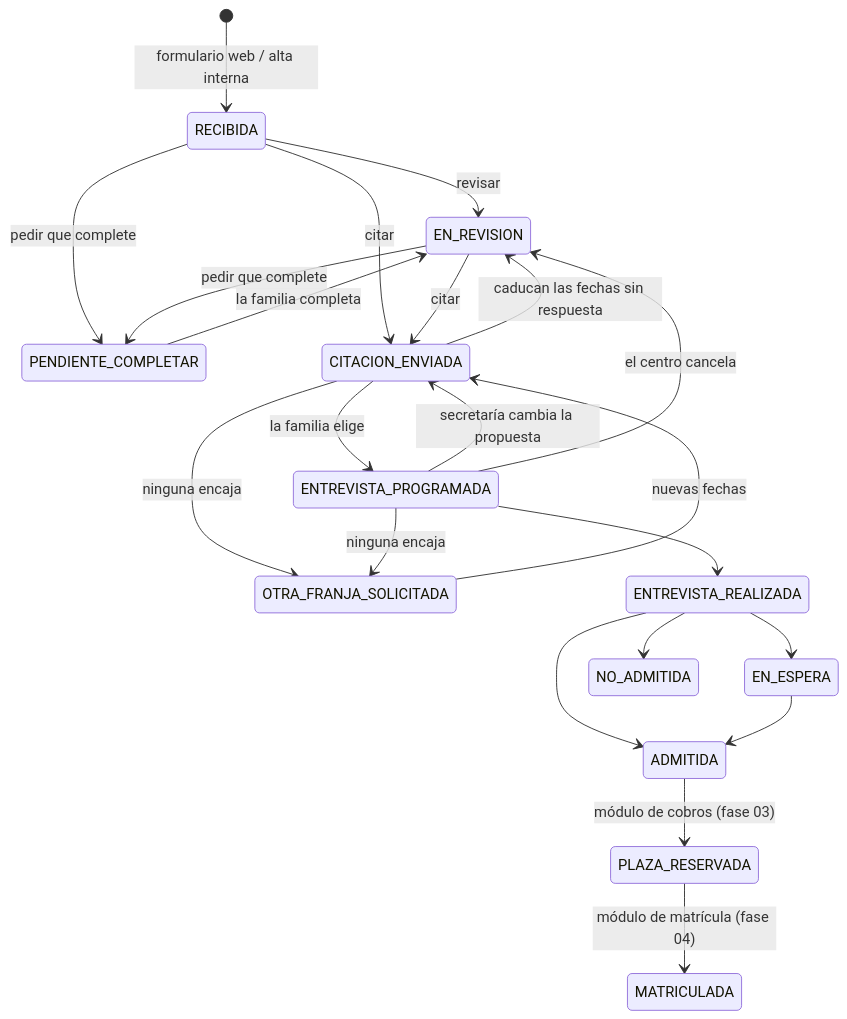
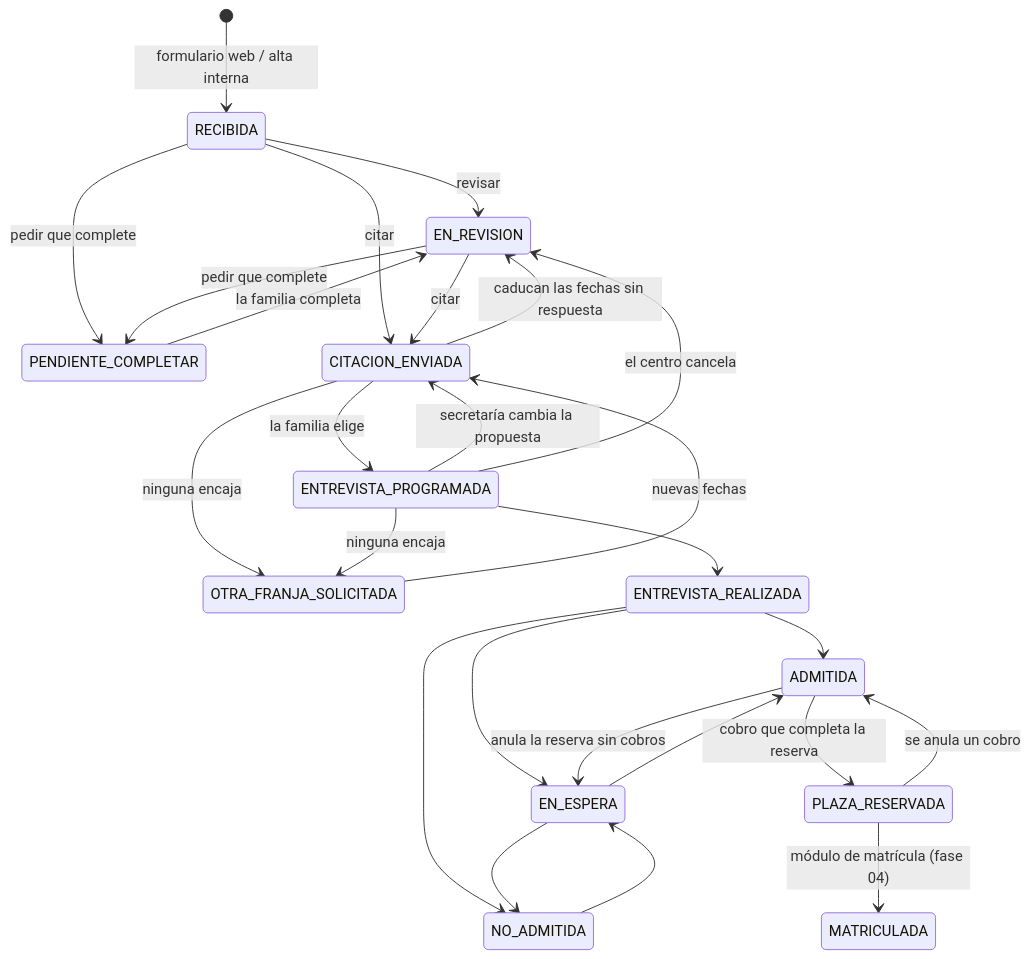
One commit to Ceroone-Technology/albaydar-api changed the second of 3 diagrams in docs/flujo-y-datos.md. Above: the diagram before and after it, drawn with Mermaid. The commit also changed other lines of this file and 37 other files, not shown here.

First line of the commit message:
Contrato alineado con el front y fase 03: evaluación, reserva de plaza y cobros

````diff
--- a/docs/flujo-y-datos.md
+++ b/docs/flujo-y-datos.md
@@ -47,24 +47,28 @@
 ```mermaid
 stateDiagram-v2
   [*] --> RECIBIDA: formulario web / alta interna
   RECIBIDA --> EN_REVISION: revisar
   RECIBIDA --> PENDIENTE_COMPLETAR: pedir que complete
   EN_REVISION --> PENDIENTE_COMPLETAR: pedir que complete
   PENDIENTE_COMPLETAR --> EN_REVISION: la familia completa
   RECIBIDA --> CITACION_ENVIADA: citar
   EN_REVISION --> CITACION_ENVIADA: citar
   CITACION_ENVIADA --> ENTREVISTA_PROGRAMADA: la familia elige
   CITACION_ENVIADA --> OTRA_FRANJA_SOLICITADA: ninguna encaja
   CITACION_ENVIADA --> EN_REVISION: caducan las fechas sin respuesta
   OTRA_FRANJA_SOLICITADA --> CITACION_ENVIADA: nuevas fechas
   ENTREVISTA_PROGRAMADA --> OTRA_FRANJA_SOLICITADA: ninguna encaja
   ENTREVISTA_PROGRAMADA --> CITACION_ENVIADA: secretaría cambia la propuesta
   ENTREVISTA_PROGRAMADA --> EN_REVISION: el centro cancela
   ENTREVISTA_PROGRAMADA --> ENTREVISTA_REALIZADA
   ENTREVISTA_REALIZADA --> ADMITIDA
   ENTREVISTA_REALIZADA --> EN_ESPERA
   ENTREVISTA_REALIZADA --> NO_ADMITIDA
   EN_ESPERA --> ADMITIDA
-  ADMITIDA --> PLAZA_RESERVADA: módulo de cobros (fase 03)
+  EN_ESPERA --> NO_ADMITIDA
+  ADMITIDA --> EN_ESPERA: anula la reserva sin cobros
+  NO_ADMITIDA --> EN_ESPERA
+  ADMITIDA --> PLAZA_RESERVADA: cobro que completa la reserva
+  PLAZA_RESERVADA --> ADMITIDA: se anula un cobro
   PLAZA_RESERVADA --> MATRICULADA: módulo de matrícula (fase 04)
 ```
````
